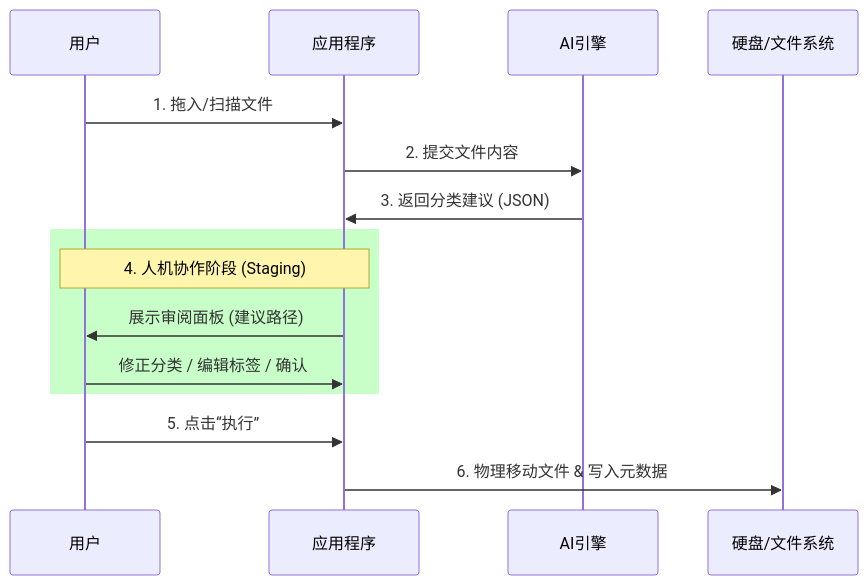
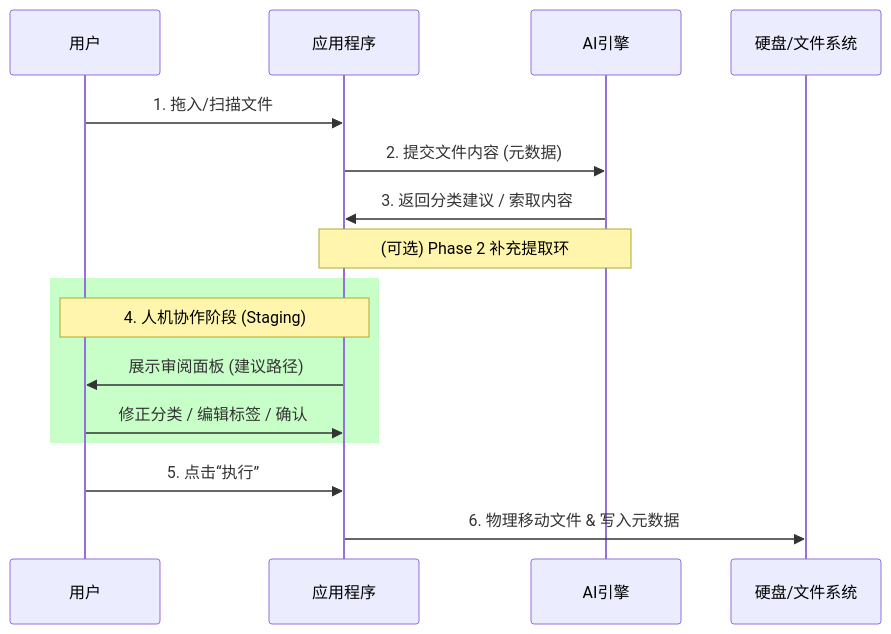
Before and after one commit to PuJes/Mindsync_version2: the diagram in docs/product_requirements_v3.0.md, drawn with Mermaid. The commit also changed other lines of this file and 12 other files, not shown here.

````diff
--- a/docs/product_requirements_v3.0.md
+++ b/docs/product_requirements_v3.0.md
@@ -71,18 +101,19 @@
 ```mermaid
 sequenceDiagram
     participant User as 用户
     participant App as 应用程序
     participant AI as AI引擎
     participant Disk as 硬盘/文件系统
 
     User->>App: 1. 拖入/扫描文件
-    App->>AI: 2. 提交文件内容
-    AI->>App: 3. 返回分类建议 (JSON)
+    App->>AI: 2. 提交文件内容 (元数据)
+    AI->>App: 3. 返回分类建议 / 索取内容
+    Note over AI, App: (可选) Phase 2 补充提取环
     rect rgb(200, 255, 200)
     Note over User, App: 4. 人机协作阶段 (Staging)
     App->>User: 展示审阅面板 (建议路径)
     User->>App: 修正分类 / 编辑标签 / 确认
     end
     User->>App: 5. 点击“执行”
     App->>Disk: 6. 物理移动文件 & 写入元数据
 ```
````
